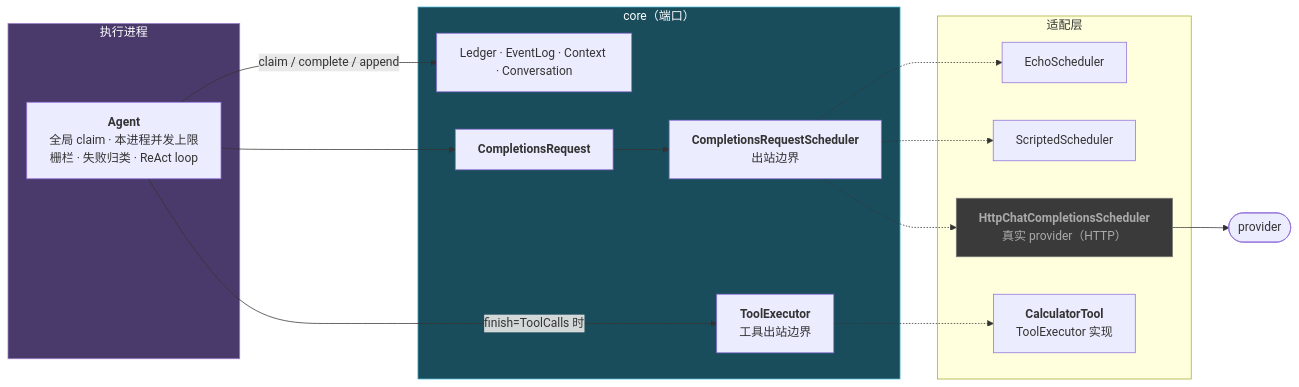
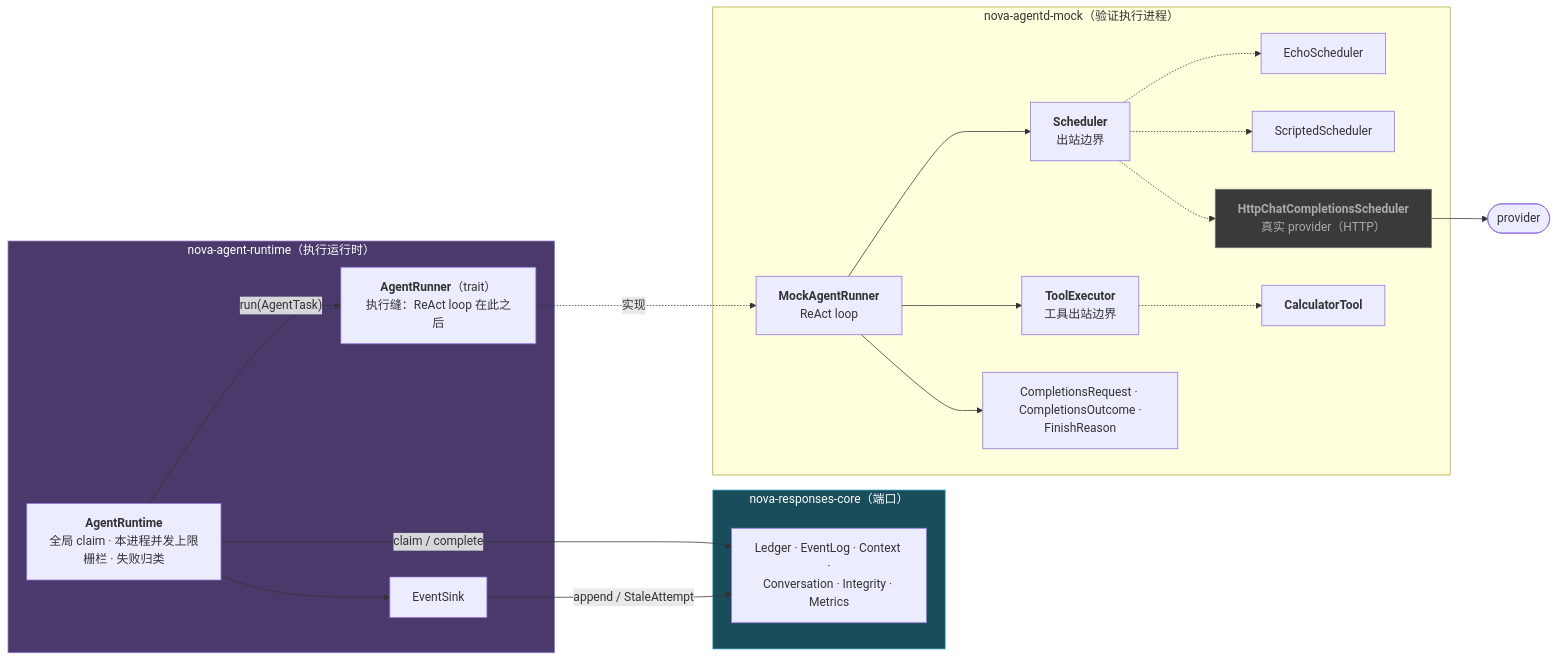
One commit to charleslyh/nova-chat changed the seventh of 8 diagrams in docs/design/00-architecture-review.md. Above: the diagram before and after it, drawn with Mermaid. The commit also changed other lines of this file, not shown here.

````diff
--- a/docs/design/00-architecture-review.md
+++ b/docs/design/00-architecture-review.md
@@ -534,36 +534,43 @@
 ```mermaid
 graph LR
-    subgraph AG["执行进程"]
-        ENG["<b>Agent</b><br/>全局 claim · 本进程并发上限<br/>栅栏 · 失败归类 · ReAct loop"]
+    subgraph AG["nova-agent-runtime（执行运行时）"]
+        RT["<b>AgentRuntime</b><br/>全局 claim · 本进程并发上限<br/>栅栏 · 失败归类"]
+        RUNNER["<b>AgentRunner</b>（trait）<br/>执行缝：ReAct loop 在此之后"]
+        SINK["EventSink"]
     end
 
-    subgraph CORE["core（端口）"]
-        PORTS["Ledger · EventLog · Context · Conversation"]
-        REQ["<b>CompletionsRequest</b>"]
-        SCH["<b>CompletionsRequestScheduler</b><br/>出站边界"]
-        TOOL["<b>ToolExecutor</b><br/>工具出站边界"]
+    subgraph CORE["nova-responses-core（端口）"]
+        PORTS["Ledger · EventLog · Context ·<br/>Conversation · Integrity · Metrics"]
     end
 
-    subgraph AD["适配层"]
+    subgraph MOCK["nova-agentd-mock（验证执行进程）"]
+        MR["<b>MockAgentRunner</b><br/>ReAct loop"]
+        SCH["<b>Scheduler</b><br/>出站边界"]
+        TOOL["<b>ToolExecutor</b><br/>工具出站边界"]
+        REQ["CompletionsRequest · CompletionsOutcome ·<br/>FinishReason"]
         M1["EchoScheduler"]
         M2["ScriptedScheduler"]
         M3["<b>HttpChatCompletionsScheduler</b><br/>真实 provider（HTTP）"]
-        M4["<b>CalculatorTool</b><br/>ToolExecutor 实现"]
+        M4["<b>CalculatorTool</b>"]
     end
 
     P(["provider"])
 
-    ENG -->|"claim / complete / append"| PORTS
-    ENG --> REQ
-    ENG -->|"finish=ToolCalls 时"| TOOL
-    REQ --> SCH
+    RT -->|"claim / complete"| PORTS
+    RT -->|"run(AgentTask)"| RUNNER
+    RT --> SINK
+    SINK -->|"append / StaleAttempt"| PORTS
+    RUNNER -.->|"实现"| MR
+    MR --> SCH
+    MR --> TOOL
+    MR --> REQ
     SCH -.-> M1
     SCH -.-> M2
     SCH -.-> M3
     TOOL -.-> M4
     M3 --> P
 
     style AG fill:#4a3a6b,stroke:#9b7fc7,color:#fff
     style CORE fill:#1a4d5c,stroke:#4db8d4,color:#fff
     style M3 fill:#3a3a3a,stroke:#777,color:#aaa
 ```
````
